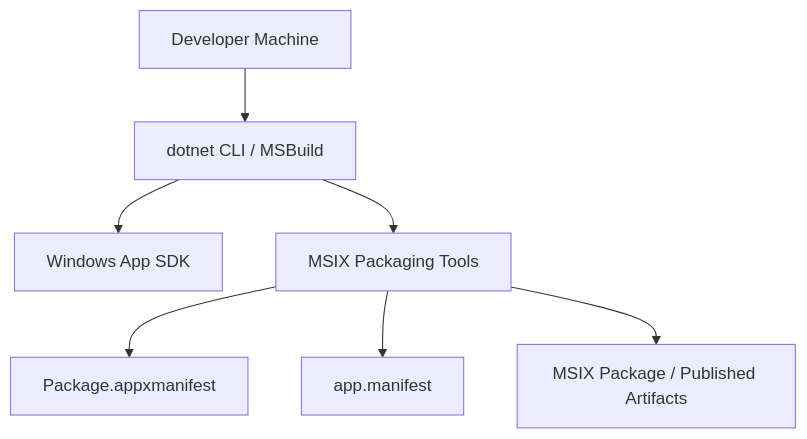
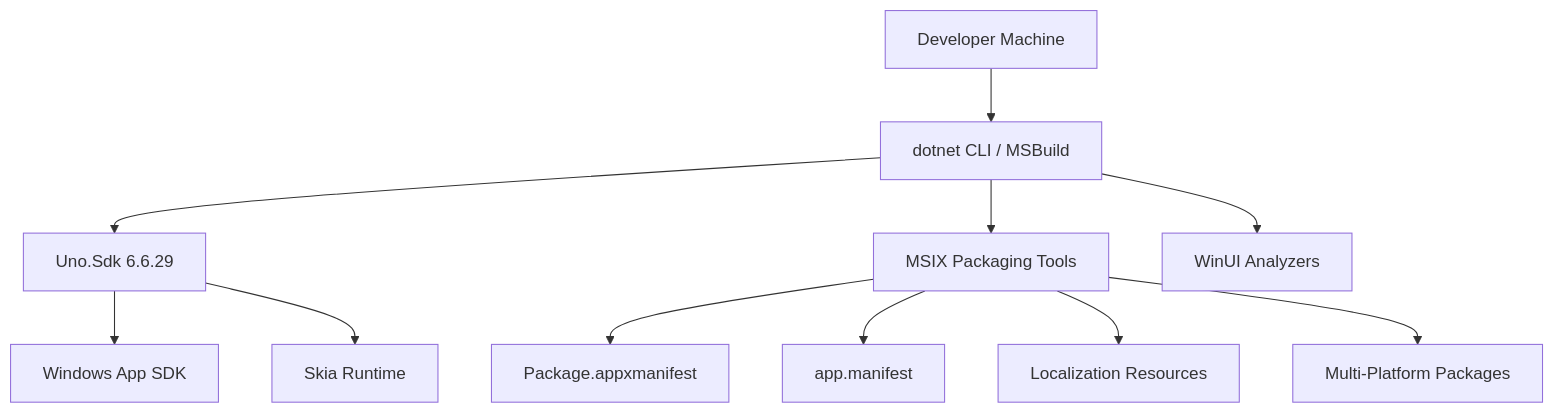
One commit to AgenticDesktop/App changed the second of 12 diagrams in .qoder/repowiki/en/content/Configuration and Deployment.md. Above: the diagram before and after it, drawn with Mermaid. The commit also changed other lines of this file and 108 other files, not shown here.

First line of the commit message:
Add support for Uno Desktop and WinUI 3 build scripts

````diff
--- a/.qoder/repowiki/en/content/Configuration and Deployment.md
+++ b/.qoder/repowiki/en/content/Configuration and Deployment.md
@@ -118,16 +137,24 @@
 ```mermaid
 graph TB
 Dev["Developer Machine"]
 DotNet["dotnet CLI / MSBuild"]
+UnoSDK["Uno.Sdk 6.6.29"]
 WinAppSDK["Windows App SDK"]
+SkiaRuntime["Skia Runtime"]
 MSIXTooling["MSIX Packaging Tools"]
+Analyzer["WinUI Analyzers"]
 AppX["Package.appxmanifest"]
 Manifest["app.manifest"]
-Output["MSIX Package / Published Artifacts"]
+Localization["Localization Resources"]
+Output["Multi-Platform Packages"]
 Dev --> DotNet
-DotNet --> WinAppSDK
+DotNet --> UnoSDK
+UnoSDK --> WinAppSDK
+UnoSDK --> SkiaRuntime
 DotNet --> MSIXTooling
+DotNet --> Analyzer
 MSIXTooling --> AppX
 MSIXTooling --> Manifest
+MSIXTooling --> Localization
 MSIXTooling --> Output
 ```
````
